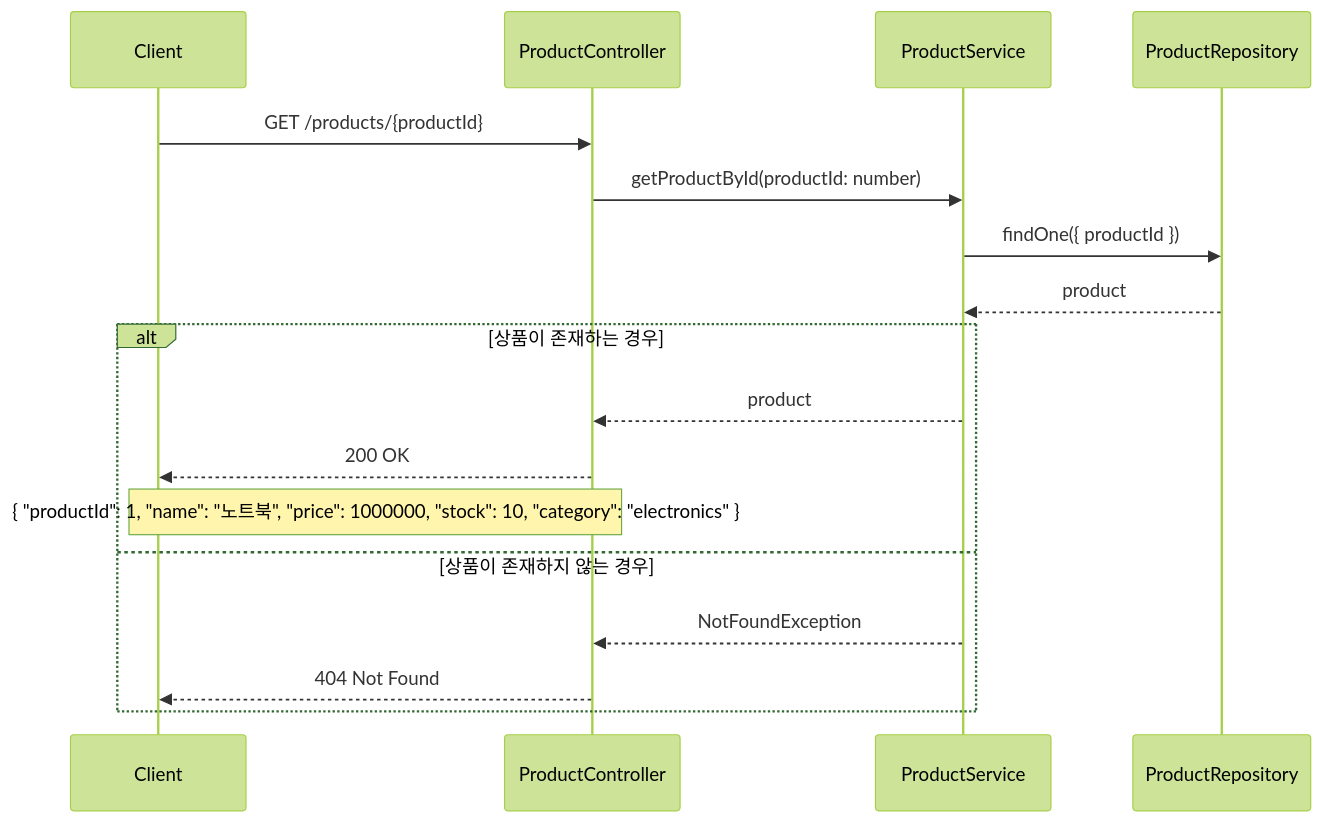
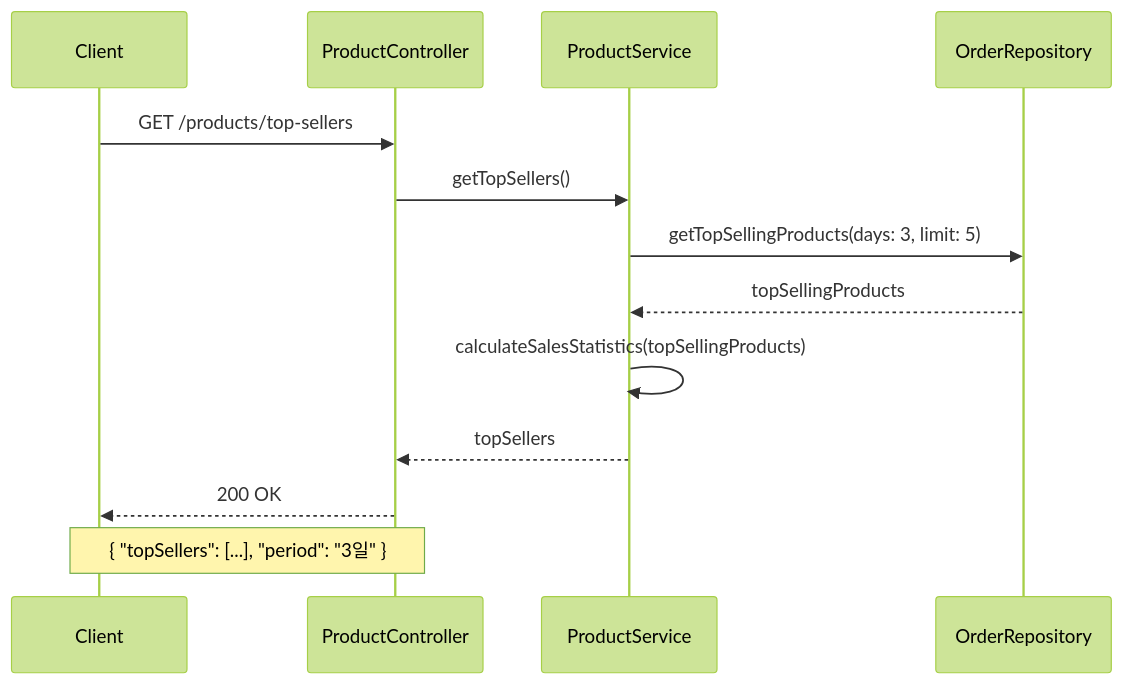
The fourth of 11 diagrams in docs/SequenceDiagrams.md (seuthootDev/hanghae-plus-backend), drawn with Mermaid (forest theme) before and after one commit. The commit also changed other lines of this file and 1 other file, not shown here.

Commit message:
docs: api 명세서, 시퀀스 다이어그램 수정 api 명세서를 rest api에 맞게 수정 후, 시퀀스는 api 명세서에 명세된 api 기능들로 구성함

````diff
--- a/docs/SequenceDiagrams.md
+++ b/docs/SequenceDiagrams.md
@@ -139,22 +83,18 @@
 ```mermaid
 sequenceDiagram
     participant Client
     participant ProductController
     participant ProductService
-    participant ProductRepository
+    participant OrderRepository
 
-    Client->>ProductController: GET /products/{productId}
+    Client->>ProductController: GET /products/top-sellers
     
-    ProductController->>ProductService: getProductById(productId: number)
-    ProductService->>ProductRepository: findOne({ productId })
-    ProductRepository-->>ProductService: product
+    ProductController->>ProductService: getTopSellers()
+    ProductService->>OrderRepository: getTopSellingProducts(days: 3, limit: 5)
+    OrderRepository-->>ProductService: topSellingProducts
     
-    alt 상품이 존재하는 경우
-        ProductService-->>ProductController: product
-        ProductController-->>Client: 200 OK
-        Note over Client,ProductController: { "productId": 1, "name": "노트북", "price": 1000000, "stock": 10, "category": "electronics" }
-    else 상품이 존재하지 않는 경우
-        ProductService-->>ProductController: NotFoundException
-        ProductController-->>Client: 404 Not Found
-    end
+    ProductService->>ProductService: calculateSalesStatistics(topSellingProducts)
+    ProductService-->>ProductController: topSellers
+    ProductController-->>Client: 200 OK
+    Note over Client,ProductController: { "topSellers": [...], "period": "3일" }
 ```
````
